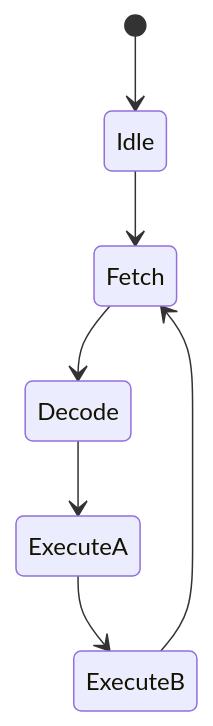
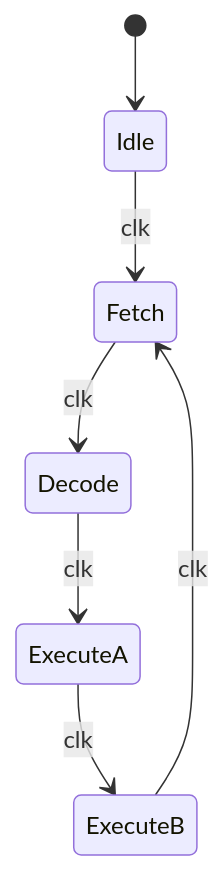
Before and after one commit to Colin-M-Mcbride/ENCE_3100_Colin_McBride: the diagram in lab8/README.MD, drawn with Mermaid.

````diff
--- a/lab8/README.MD
+++ b/lab8/README.MD
@@ -92,9 +92,9 @@
 ```mermaid
 stateDiagram-v2
     [*] --> Idle
-    Idle --> Fetch
-    Fetch --> Decode
-    Decode --> ExecuteA
-    ExecuteA --> ExecuteB
-    ExecuteB --> Fetch
+    Idle --> Fetch: clk
+    Fetch --> Decode: clk
+    Decode --> ExecuteA: clk
+    ExecuteA --> ExecuteB: clk
+    ExecuteB --> Fetch: clk
 ```
````
